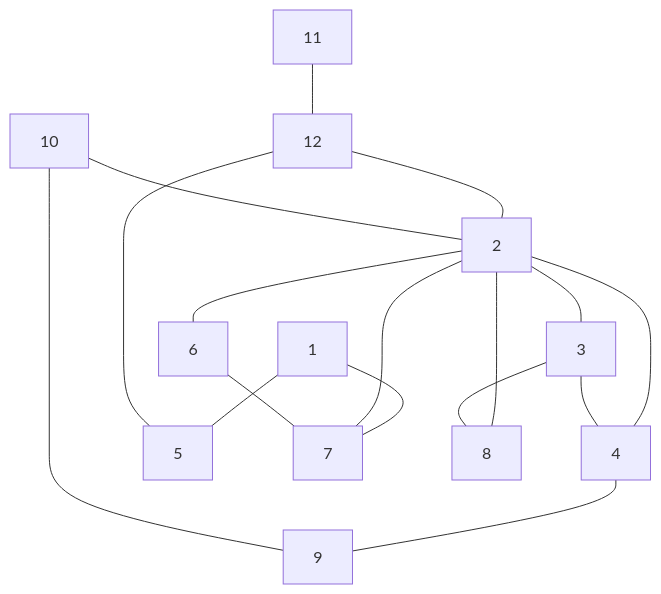
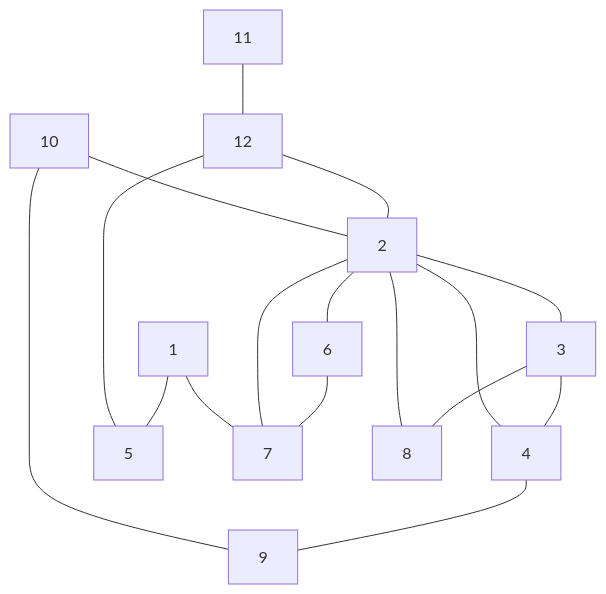
The diagram in README.md (antononcube/Raku-Graph), drawn with Mermaid before and after one commit. The commit also changed other lines of this file, not shown here.

````diff
--- a/README.md
+++ b/README.md
@@ -156,19 +156,19 @@
 ```mermaid
 graph TD
+3 --- 8
+2 --- 3
+3 --- 4
+2 --- 8
+6 --- 7
+2 --- 7
 1 --- 7
 1 --- 5
+2 --- 6
+12 --- 2
+2 --- 4
+10 --- 2
+12 --- 5
+11 --- 12
 4 --- 9
 10 --- 9
-12 --- 5
-12 --- 2
-11 --- 12
-2 --- 8
-2 --- 6
-2 --- 4
-2 --- 7
-10 --- 2
-2 --- 3
-3 --- 4
-3 --- 8
-6 --- 7
 ```
````
